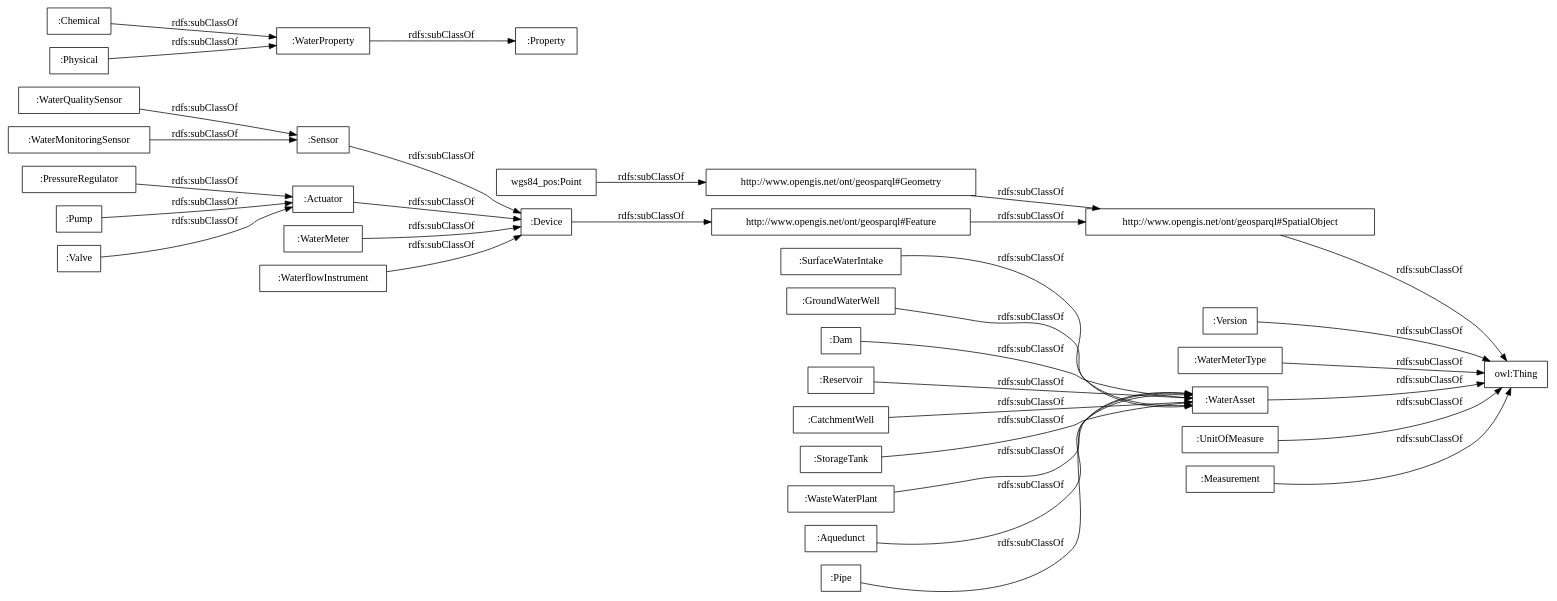
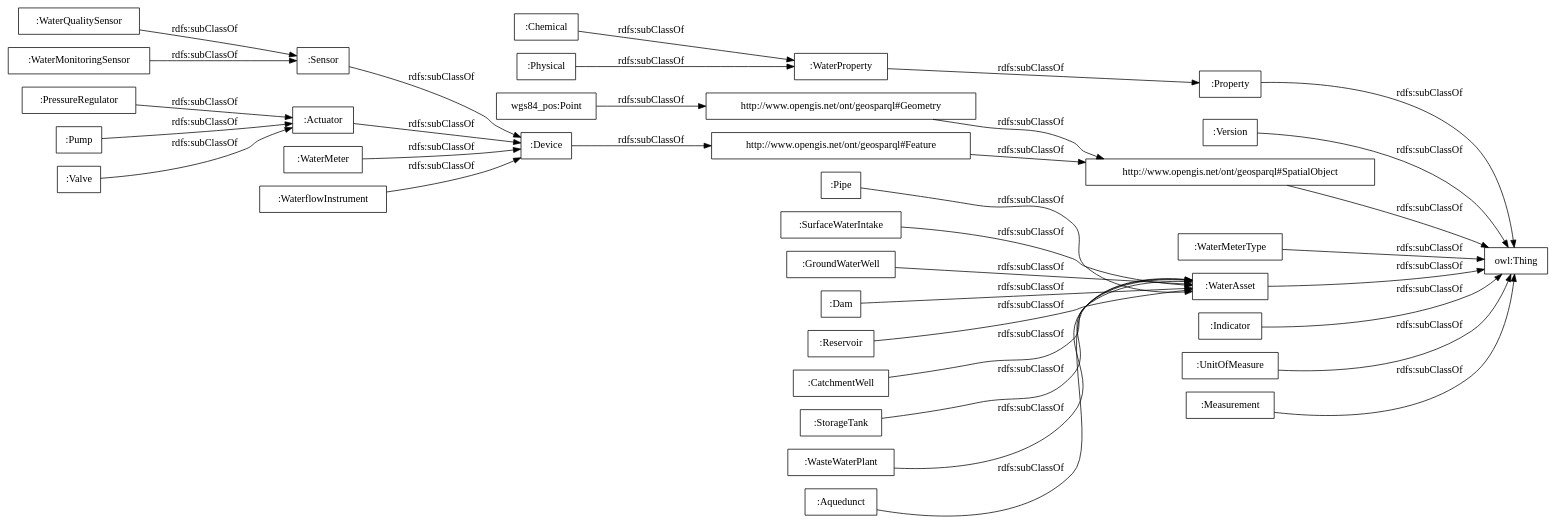
One commit to tiwari2019/S4WATR-1 changed the diagram in OnToology/S4Water.owl/diagrams/ar2dtool-taxonomy/S4Water.owl.png.dot. Above: the diagram before and after it, drawn with Graphviz. The commit also changed 11 other files, not shown here.

```diff
--- a/OnToology/S4Water.owl/diagrams/ar2dtool-taxonomy/S4Water.owl.png.dot
+++ b/OnToology/S4Water.owl/diagrams/ar2dtool-taxonomy/S4Water.owl.png.dot
@@ -1,37 +1,39 @@
 digraph ar2dtool_diagram { 
 rankdir=LR;
 size="1000"
-node [shape = rectangle, color="black"]; ":PressureRegulator" ":Version" ":WaterProperty" "http://www.opengis.net/ont/geosparql#Feature" ":Property" ":WaterMeterType" ":GroundWaterWell" ":Dam" ":WaterAsset" ":Reservoir" ":CatchmentWell" ":Sensor" ":WaterMeter" ":Device" ":Pump" ":StorageTank" ":Valve" ":WaterMonitoringSensor" ":WasteWaterPlant" "http://www.opengis.net/ont/geosparql#SpatialObject" ":Aquedunct" "http://www.opengis.net/ont/geosparql#Geometry" ":WaterflowInstrument" ":Pipe" ":UnitOfMeasure" ":SurfaceWaterIntake" "wgs84_pos:Point" ":Measurement" ":Chemical" ":WaterQualitySensor" ":Physical" ":Actuator" ; /*classes style*/
+node [shape = rectangle, color="black"]; ":PressureRegulator" ":Version" ":WaterProperty" "http://www.opengis.net/ont/geosparql#Feature" ":Property" ":WaterMeterType" ":GroundWaterWell" ":Dam" ":WaterAsset" ":Reservoir" ":CatchmentWell" ":Sensor" ":WaterMeter" ":Device" ":Pump" ":StorageTank" ":Valve" ":Indicator" ":WaterMonitoringSensor" ":WasteWaterPlant" "http://www.opengis.net/ont/geosparql#SpatialObject" ":Aquedunct" "http://www.opengis.net/ont/geosparql#Geometry" ":WaterflowInstrument" ":Pipe" ":UnitOfMeasure" ":SurfaceWaterIntake" "wgs84_pos:Point" ":Measurement" ":Chemical" ":WaterQualitySensor" ":Physical" ":Actuator" ; /*classes style*/
 	":Measurement" -> "owl:Thing" [ label = "rdfs:subClassOf" ];
 	":WaterflowInstrument" -> ":Device" [ label = "rdfs:subClassOf" ];
+	":Indicator" -> "owl:Thing" [ label = "rdfs:subClassOf" ];
 	":Reservoir" -> ":WaterAsset" [ label = "rdfs:subClassOf" ];
 	":Pipe" -> ":WaterAsset" [ label = "rdfs:subClassOf" ];
 	":WaterMonitoringSensor" -> ":Sensor" [ label = "rdfs:subClassOf" ];
 	":CatchmentWell" -> ":WaterAsset" [ label = "rdfs:subClassOf" ];
 	":StorageTank" -> ":WaterAsset" [ label = "rdfs:subClassOf" ];
 	":WaterMeter" -> ":Device" [ label = "rdfs:subClassOf" ];
 	":Dam" -> ":WaterAsset" [ label = "rdfs:subClassOf" ];
 	":WaterAsset" -> "owl:Thing" [ label = "rdfs:subClassOf" ];
 	":GroundWaterWell" -> ":WaterAsset" [ label = "rdfs:subClassOf" ];
 	":PressureRegulator" -> ":Actuator" [ label = "rdfs:subClassOf" ];
 	":WaterMeterType" -> "owl:Thing" [ label = "rdfs:subClassOf" ];
 	":Aquedunct" -> ":WaterAsset" [ label = "rdfs:subClassOf" ];
+	":Property" -> "owl:Thing" [ label = "rdfs:subClassOf" ];
 	"wgs84_pos:Point" -> "http://www.opengis.net/ont/geosparql#Geometry" [ label = "rdfs:subClassOf" ];
 	":SurfaceWaterIntake" -> ":WaterAsset" [ label = "rdfs:subClassOf" ];
 	"http://www.opengis.net/ont/geosparql#Feature" -> "http://www.opengis.net/ont/geosparql#SpatialObject" [ label = "rdfs:subClassOf" ];
 	":Physical" -> ":WaterProperty" [ label = "rdfs:subClassOf" ];
 	"http://www.opengis.net/ont/geosparql#SpatialObject" -> "owl:Thing" [ label = "rdfs:subClassOf" ];
 	":Actuator" -> ":Device" [ label = "rdfs:subClassOf" ];
 	":WaterProperty" -> ":Property" [ label = "rdfs:subClassOf" ];
 	":WaterQualitySensor" -> ":Sensor" [ label = "rdfs:subClassOf" ];
 	":Valve" -> ":Actuator" [ label = "rdfs:subClassOf" ];
 	"http://www.opengis.net/ont/geosparql#Geometry" -> "http://www.opengis.net/ont/geosparql#SpatialObject" [ label = "rdfs:subClassOf" ];
 	":Chemical" -> ":WaterProperty" [ label = "rdfs:subClassOf" ];
 	":UnitOfMeasure" -> "owl:Thing" [ label = "rdfs:subClassOf" ];
 	":Version" -> "owl:Thing" [ label = "rdfs:subClassOf" ];
 	":WasteWaterPlant" -> ":WaterAsset" [ label = "rdfs:subClassOf" ];
 	":Pump" -> ":Actuator" [ label = "rdfs:subClassOf" ];
 	":Sensor" -> ":Device" [ label = "rdfs:subClassOf" ];
 	":Device" -> "http://www.opengis.net/ont/geosparql#Feature" [ label = "rdfs:subClassOf" ];
 
 }
```
